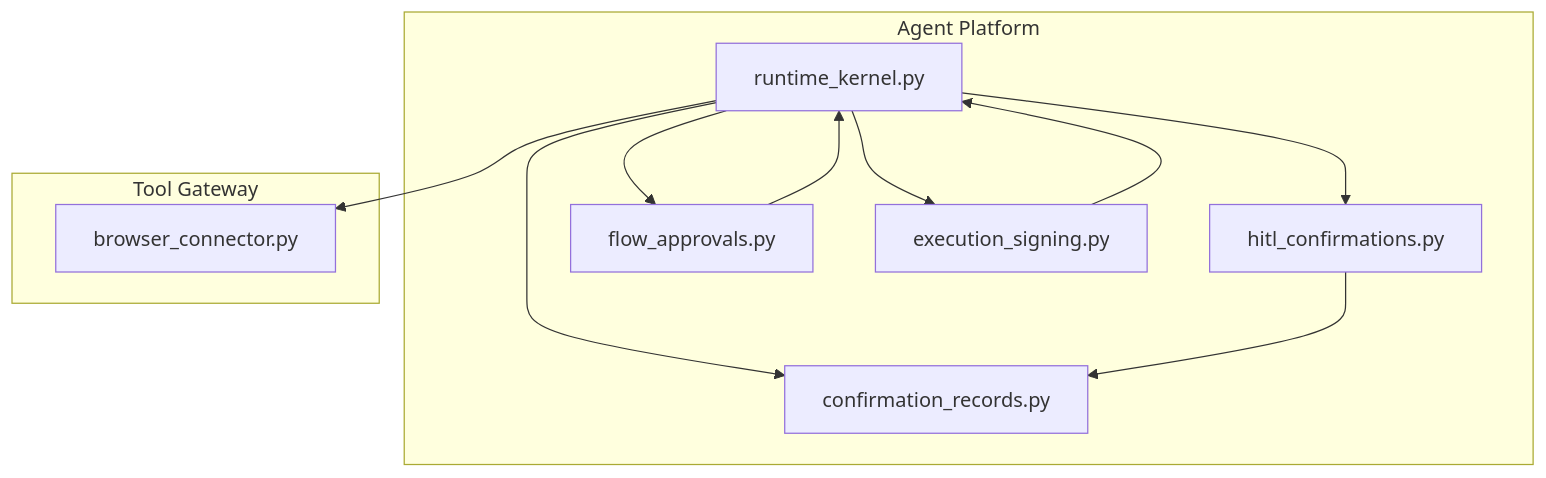
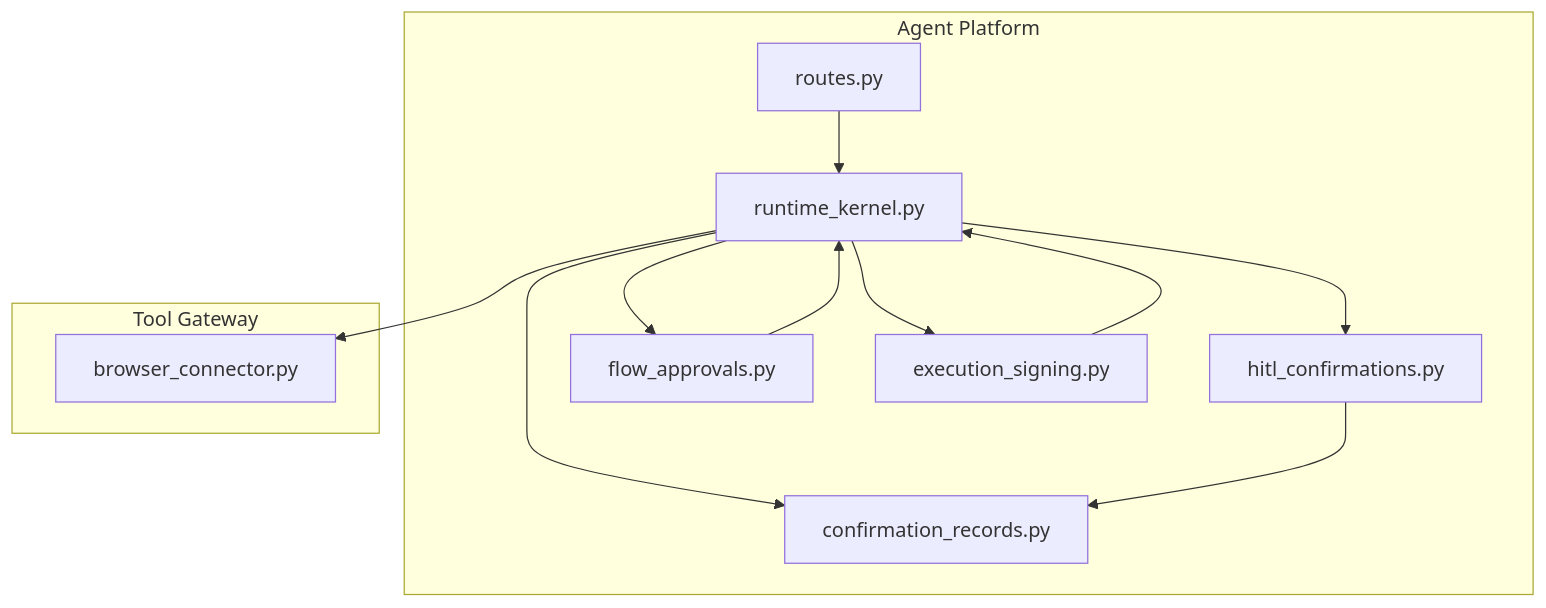
The first of 9 diagrams in .qoder/repowiki/en/content/Architecture Documentation/SPEC-054_ Action-Level Approval and Change Request Card.md (metasync/luban-aiops), drawn with Mermaid before and after one commit. The commit also changed other lines of this file and 13 other files, not shown here.

````diff
--- a/.qoder/repowiki/en/content/Architecture Documentation/SPEC-054_ Action-Level Approval and Change Request Card.md
+++ b/.qoder/repowiki/en/content/Architecture Documentation/SPEC-054_ Action-Level Approval and Change Request Card.md
@@ -56,21 +59,23 @@
 ```mermaid
 graph TB
 subgraph "Agent Platform"
 RK["runtime_kernel.py"]
 HC["hitl_confirmations.py"]
 CR["confirmation_records.py"]
 FA["flow_approvals.py"]
 ES["execution_signing.py"]
+RT["routes.py"]
 end
 subgraph "Tool Gateway"
 BC["browser_connector.py"]
 end
 RK --> HC
 RK --> CR
 RK --> FA
 RK --> ES
 RK --> BC
+RT --> RK
 HC --> CR
 FA --> RK
 ES --> RK
 ```
````
